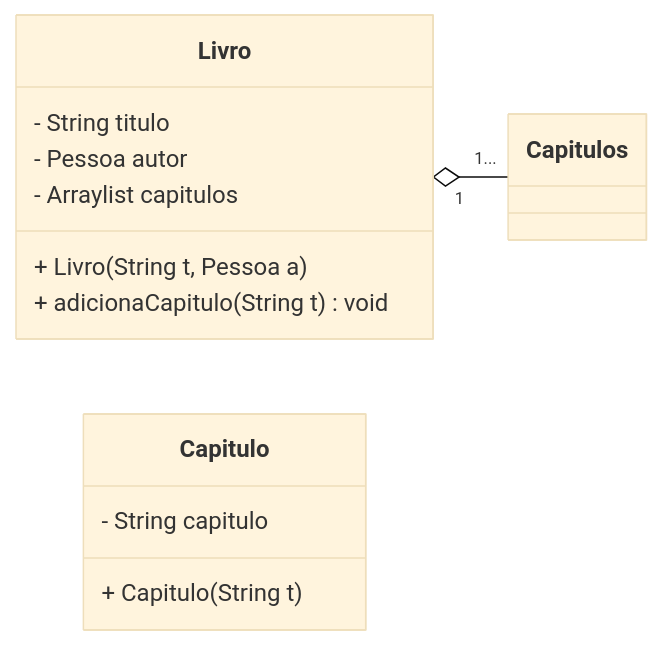
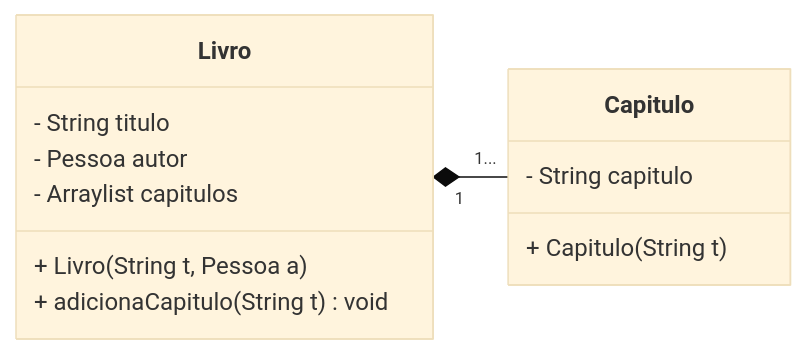
One commit to gaspanhol/POO changed the third of 3 diagrams in aula-14/README.md. Above: the diagram before and after it, drawn with Mermaid (base theme). The commit also changed 3 other files, not shown here.

````diff
--- a/aula-14/README.md
+++ b/aula-14/README.md
@@ -41,20 +41,20 @@
 ```mermaid
 classDiagram
     
     direction LR
     
-    Livro "1" o-- "1..." Capitulos
+    Livro "1" *-- "1..." Capitulo
     
     class Livro{
         - String titulo
         - Pessoa autor
         - Arraylist<Capitulo> capitulos
         + Livro(String t, Pessoa a)
         + adicionaCapitulo(String t) void
     }
     
     class Capitulo{
         - String capitulo
         + Capitulo(String t)
     }
 ```
````
